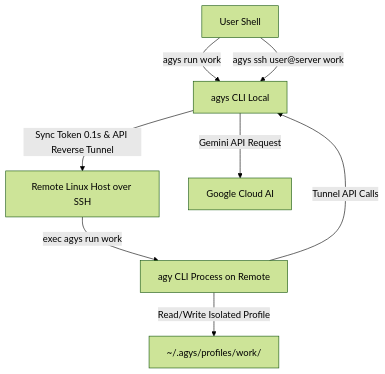
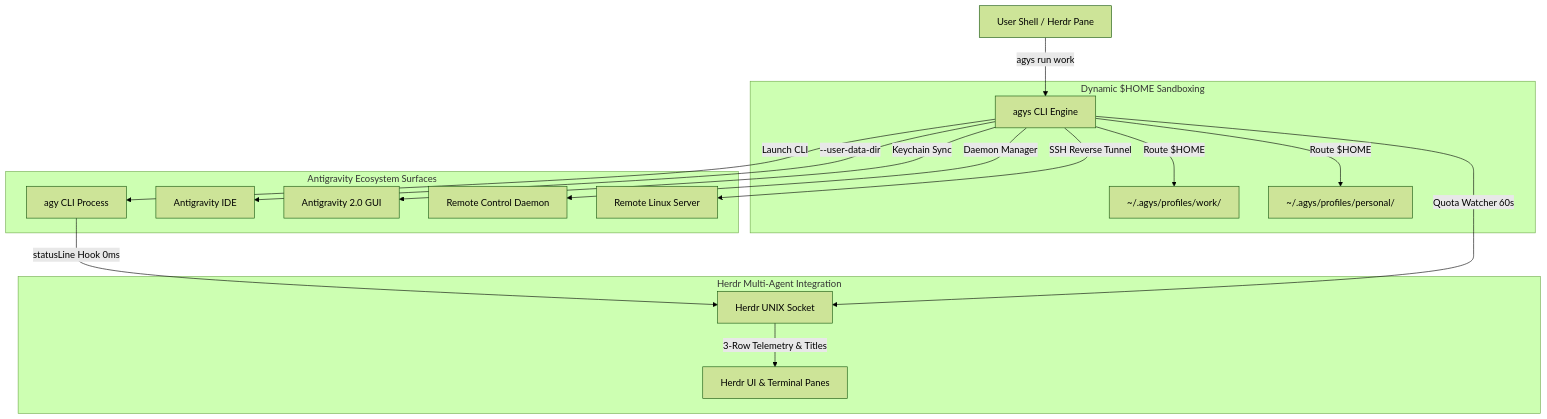
One commit to quaywin/agys changed the diagram in README.md. Above: the diagram before and after it, drawn with Mermaid (forest theme). The commit also changed other lines of this file and 6 other files, not shown here.

First line of the commit message:
feat(profile): enhance Herdr integration and environment resolution

````diff
--- a/README.md
+++ b/README.md
@@ -512,10 +459,23 @@
 ```mermaid
 graph TD
-    User[User Shell] -->|agys run work| AGYS[agys CLI Local]
-    User -->|agys ssh user@server work| AGYS
-    AGYS -->|Sync Token 0.1s & API Reverse Tunnel| RemoteServer[Remote Linux Host over SSH]
-    RemoteServer -->|exec agys run work| AGY[agy CLI Process on Remote]
-    AGY -->|Read/Write Isolated Profile| Dir[~/.agys/profiles/work/]
-    AGY -->|Tunnel API Calls| AGYS
-    AGYS -->|Gemini API Request| GoogleCloud[Google Cloud AI]
+    UserShell["User Shell / Herdr Pane"] -->|agys run work| AGYS["agys CLI Engine"]
+
+    subgraph Sandboxing ["Dynamic $HOME Sandboxing"]
+        AGYS -->|Route $HOME| ProfWork["~/.agys/profiles/work/"]
+        AGYS -->|Route $HOME| ProfPersonal["~/.agys/profiles/personal/"]
+    end
+
+    subgraph Ecosystem ["Antigravity Ecosystem Surfaces"]
+        AGYS -->|Launch CLI| AGYCLI["agy CLI Process"]
+        AGYS -->|--user-data-dir| AGYIDE["Antigravity IDE"]
+        AGYS -->|Keychain Sync| AGYGUI["Antigravity 2.0 GUI"]
+        AGYS -->|Daemon Manager| AGYRemote["Remote Control Daemon"]
+        AGYS -->|SSH Reverse Tunnel| RemoteHost["Remote Linux Server"]
+    end
+
+    subgraph HerdrIntegration ["Herdr Multi-Agent Integration"]
+        AGYCLI -->|statusLine Hook 0ms| HerdrSocket["Herdr UNIX Socket"]
+        AGYS -->|Quota Watcher 60s| HerdrSocket
+        HerdrSocket -->|3-Row Telemetry & Titles| HerdrSidebar["Herdr UI & Terminal Panes"]
+    end
 ```
````
